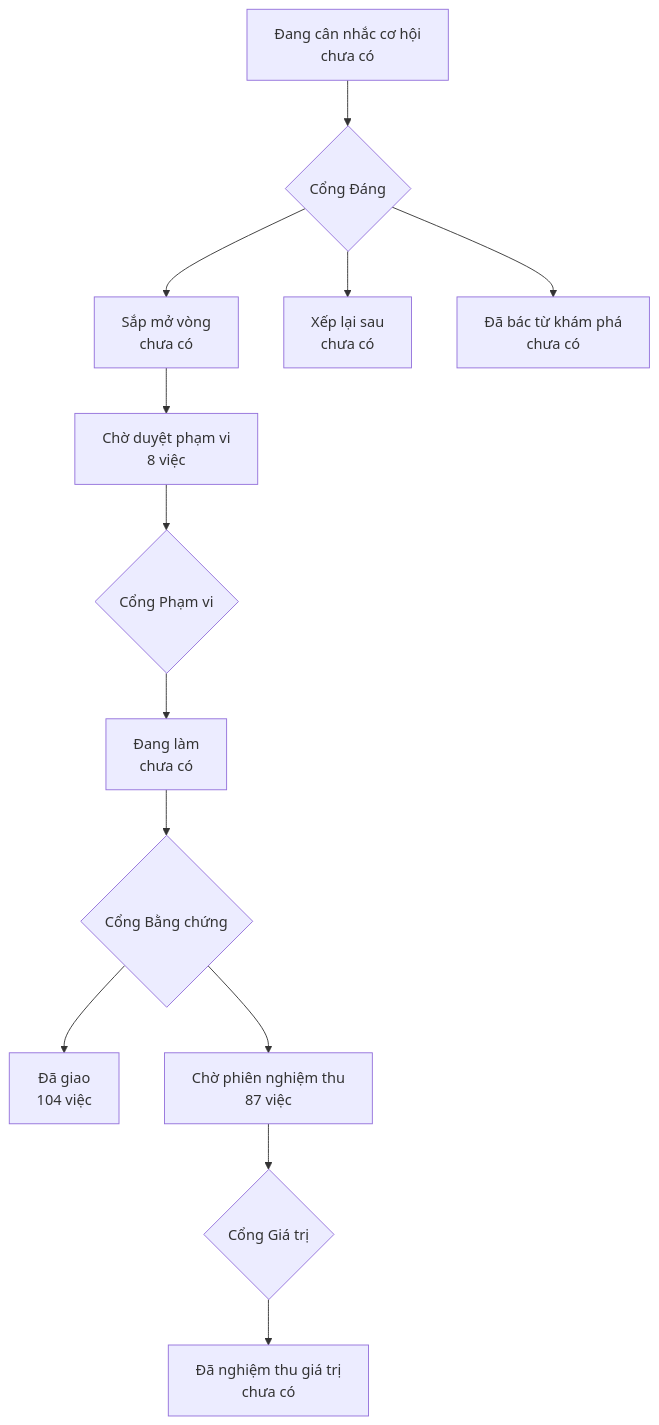
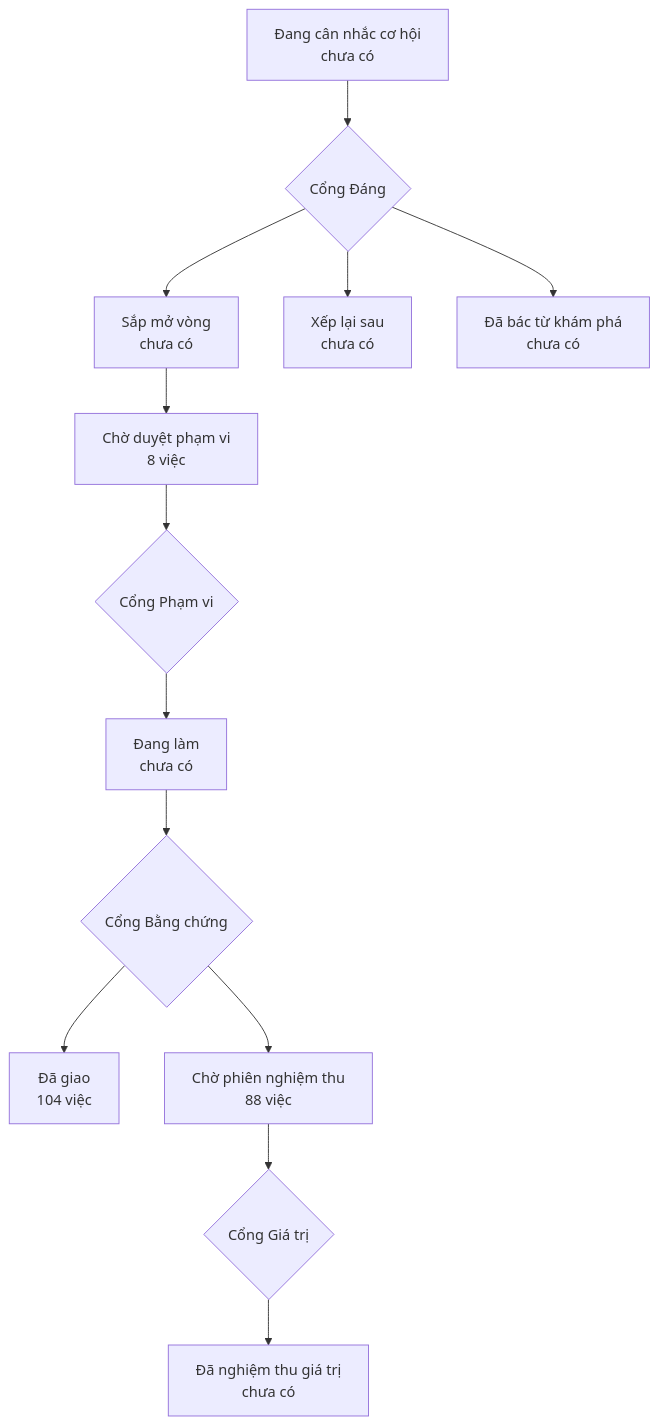
The diagram in PRODUCT-MAP.md (phanlemanh/onehub-invest), drawn with Mermaid before and after one commit. The commit also changed other lines of this file and 1 other file, not shown here.

Commit message:
chore(acceptance): vẽ lại bản đồ sau gộp main

````diff
--- a/PRODUCT-MAP.md
+++ b/PRODUCT-MAP.md
@@ -7,12 +7,12 @@
 ```mermaid
 flowchart TD
   A["Đang cân nhắc cơ hội<br/>chưa có"] --> GD{"Cổng Đáng"}
   GD --> B["Sắp mở vòng<br/>chưa có"]
   GD --> XL["Xếp lại sau<br/>chưa có"]
   GD --> DB["Đã bác từ khám phá<br/>chưa có"]
   B --> CD["Chờ duyệt phạm vi<br/>8 việc"] --> GP{"Cổng Phạm vi"}
   GP --> DL["Đang làm<br/>chưa có"] --> GB{"Cổng Bằng chứng"}
   GB --> DG["Đã giao<br/>104 việc"]
-  GB --> CN["Chờ phiên nghiệm thu<br/>87 việc"] --> GG{"Cổng Giá trị"}
+  GB --> CN["Chờ phiên nghiệm thu<br/>88 việc"] --> GG{"Cổng Giá trị"}
   GG --> NT["Đã nghiệm thu giá trị<br/>chưa có"]
 ```
````
